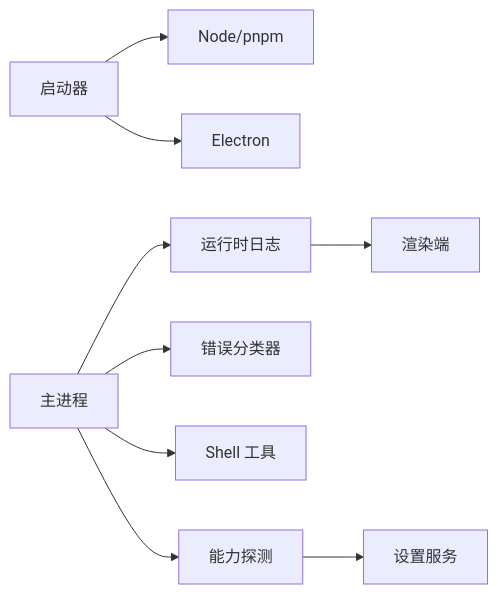
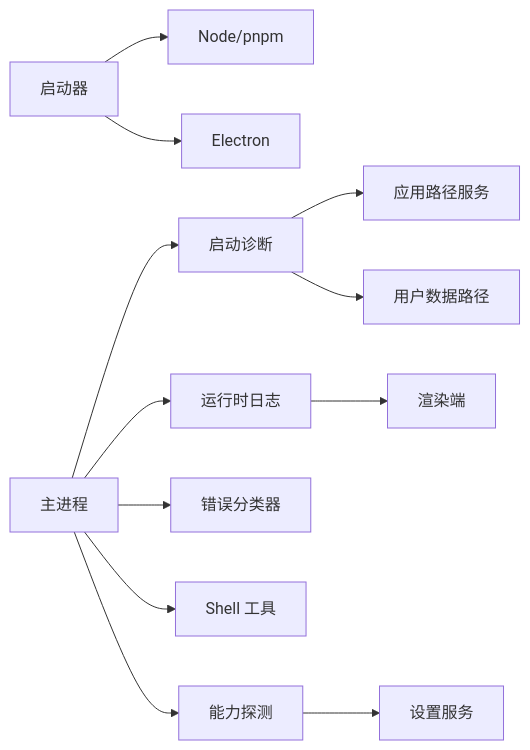
The ninth of 9 diagrams in .qoder/repowiki/zh/content/故障排除.md (haolange/RDC-Agent), drawn with Mermaid before and after one commit. The commit also changed other lines of this file and 80 other files, not shown here.

````diff
--- a/.qoder/repowiki/zh/content/故障排除.md
+++ b/.qoder/repowiki/zh/content/故障排除.md
@@ -321,11 +389,14 @@
 ```mermaid
 graph LR
 Launch["启动器"] --> Node["Node/pnpm"]
 Launch --> Electron["Electron"]
-Main["主进程"] --> Log["运行时日志"]
+Main["主进程"] --> Startup["启动诊断"]
+Main --> Log["运行时日志"]
 Main --> Err["错误分类器"]
 Main --> Shell["Shell 工具"]
 Main --> Probe["能力探测"]
+Startup --> AppPath["应用路径服务"]
+Startup --> UserData["用户数据路径"]
 Probe --> Settings["设置服务"]
 Log --> Renderer["渲染端"]
 ```
````
